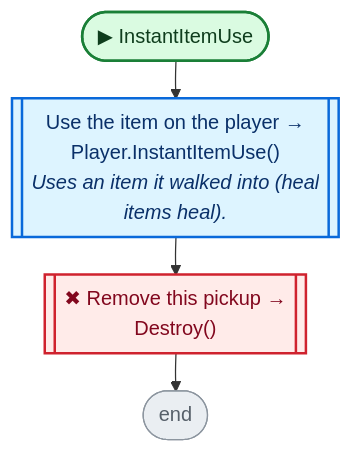
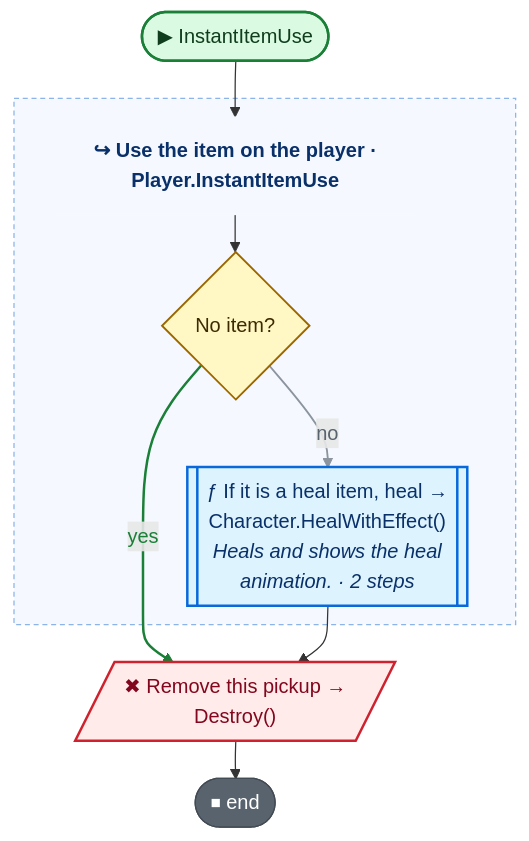
One commit to nataiai/Lord-of-the-Dungeon changed the third of 7 diagrams in CodeGraph~/graph/Loot.cs.md. Above: the diagram before and after it, drawn with Mermaid. The commit also changed other lines of this file and 57 other files, not shown here.

````diff
--- a/CodeGraph~/graph/Loot.cs.md
+++ b/CodeGraph~/graph/Loot.cs.md
@@ -130,35 +132,50 @@
 ```mermaid
 ---
 config:
   flowchart:
     wrappingWidth: 260
     nodeSpacing: 26
     rankSpacing: 30
 ---
 flowchart TD
   nS(["▶ InstantItemUse"])
-  n443899[["Use the item on the player →<br>Player.InstantItemUse()<br><i>Uses an item it walked into (heal</i><br><i>items heal).</i>"]]
-  nbee12d[["✖ Remove this pickup →<br>Destroy()"]]
-  nE(["end"])
-  nS --> n443899
-  n443899 --> nbee12d
+  n443899_h["↪ Use the item on the player ·<br>Player.InstantItemUse"]
+  n443899_n4f24dc{"No item?"}
+  n443899_n356f82[["ƒ If it is a heal item, heal →<br>Character.HealWithEffect()<br><i>Heals and shows the heal</i><br><i>animation. · 2 steps</i>"]]
+  nbee12d[/"✖ Remove this pickup →<br>Destroy()"/]
+  nE(["⏹ end"])
+  subgraph n443899_g[" "]
+    n443899_h
+    n443899_n4f24dc
+    n443899_n356f82
+  end
+  style n443899_g fill:#f5f9ff,stroke:#8cb4e8,stroke-dasharray:4 3,color:#0a3069
+  nS --> n443899_h
   nbee12d --> nE
+  n443899_h --> n443899_n4f24dc
+  n443899_n4f24dc -->|no| n443899_n356f82
+  n443899_n4f24dc -->|yes| nbee12d
+  n443899_n356f82 --> nbee12d
+  linkStyle 3 stroke:#8c959f,stroke-width:1.5px,color:#59636e
+  linkStyle 4 stroke:#1a7f37,stroke-width:2px,color:#1a7f37
   classDef unity fill:#dafbe1,stroke:#1a7f37,stroke-width:2px,color:#0f3d1d
   classDef start fill:#dafbe1,stroke:#1a7f37,stroke-width:2px,color:#0f3d1d
-  classDef calc fill:#ffffff,stroke:#d0d7de,color:#57606a
+  classDef calc fill:#f6f8fa,stroke:#d1d9e0,color:#59636e
   classDef calls fill:#ddf4ff,stroke:#0969da,stroke-width:2px,color:#0a3069
-  classDef ext fill:#ddf4ff,stroke:#0969da,stroke-width:2px,stroke-dasharray:5 3,color:#0a3069
-  classDef cond fill:#fff8c5,stroke:#bf8700,stroke-width:1.5px,color:#3d2a00
-  classDef loop fill:#f6f8fa,stroke:#57606a,color:#1f2328
-  classDef exit fill:#ffebe9,stroke:#cf222e,color:#82071e
+  classDef ext fill:#f6f8fa,stroke:#59636e,stroke-width:1.5px,stroke-dasharray:5 5,color:#1f2328
+  classDef cond fill:#fff8c5,stroke:#9a6700,stroke-width:1.5px,color:#3d2a00
+  classDef loop fill:#fff8c5,stroke:#9a6700,color:#3d2a00
+  classDef wait fill:#fff8c5,stroke:#9a6700,color:#3d2a00
+  classDef exit fill:#59636e,stroke:#424a53,color:#ffffff
+  classDef fin fill:#59636e,stroke:#424a53,color:#ffffff
+  classDef act fill:#ffffff,stroke:#59636e,stroke-width:1.5px,color:#1f2328
   classDef kill fill:#ffebe9,stroke:#cf222e,stroke-width:2px,color:#82071e
-  classDef spawn fill:#dafbe1,stroke:#1a7f37,stroke-width:2px,color:#0f3d1d
-  classDef wait fill:#fff1e5,stroke:#bc4c00,color:#4d1d00
-  classDef fin fill:#eaeef2,stroke:#8c959f,color:#57606a
   classDef join fill:#d0d7de,stroke:#8c959f,color:#57606a
   classDef ghdr fill:#f5f9ff,stroke:#f5f9ff,color:#0a3069,font-weight:bold
-  class n443899 calls
+  class n443899_n356f82 calls
+  class n443899_n4f24dc cond
   class nE fin
+  class n443899_h ghdr
   class nbee12d kill
   class nS start
 ```
````
